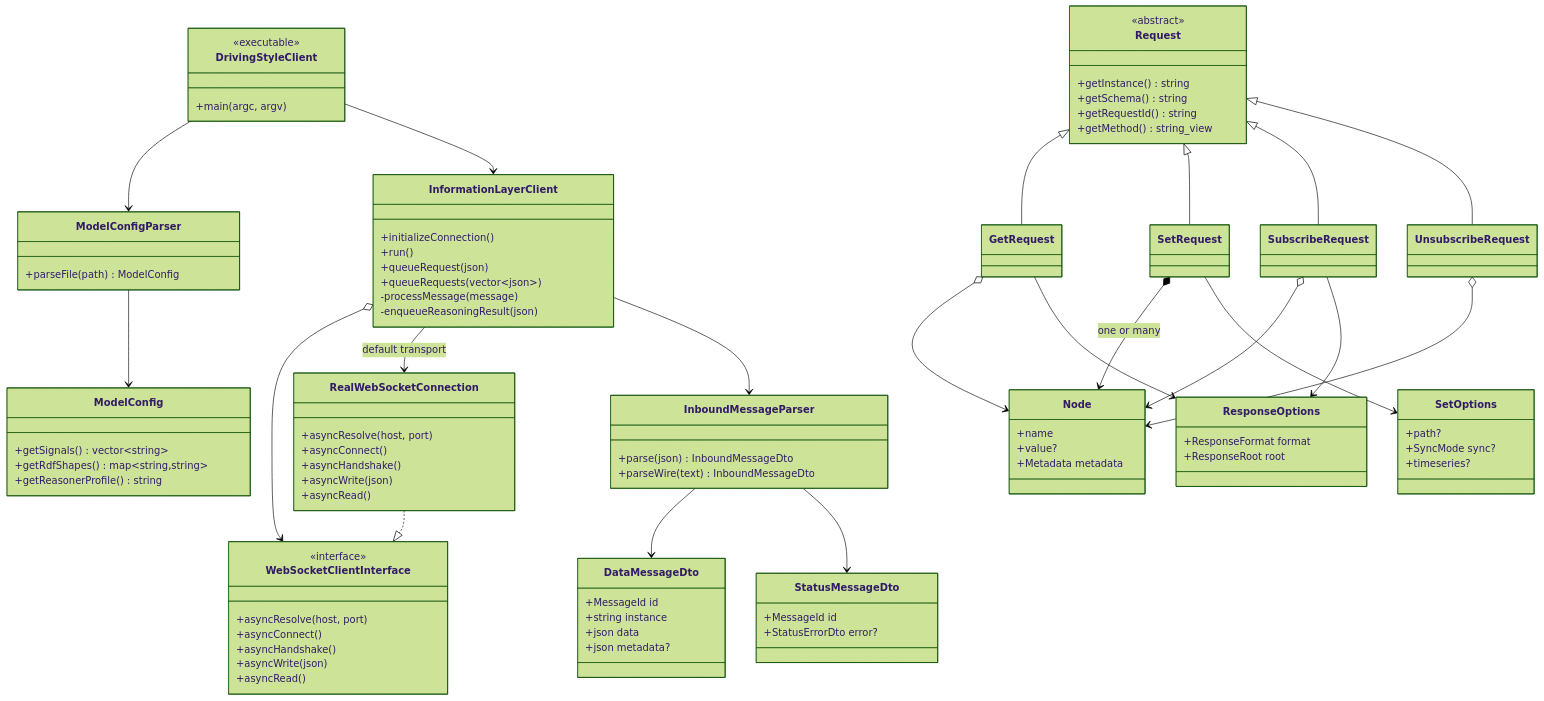
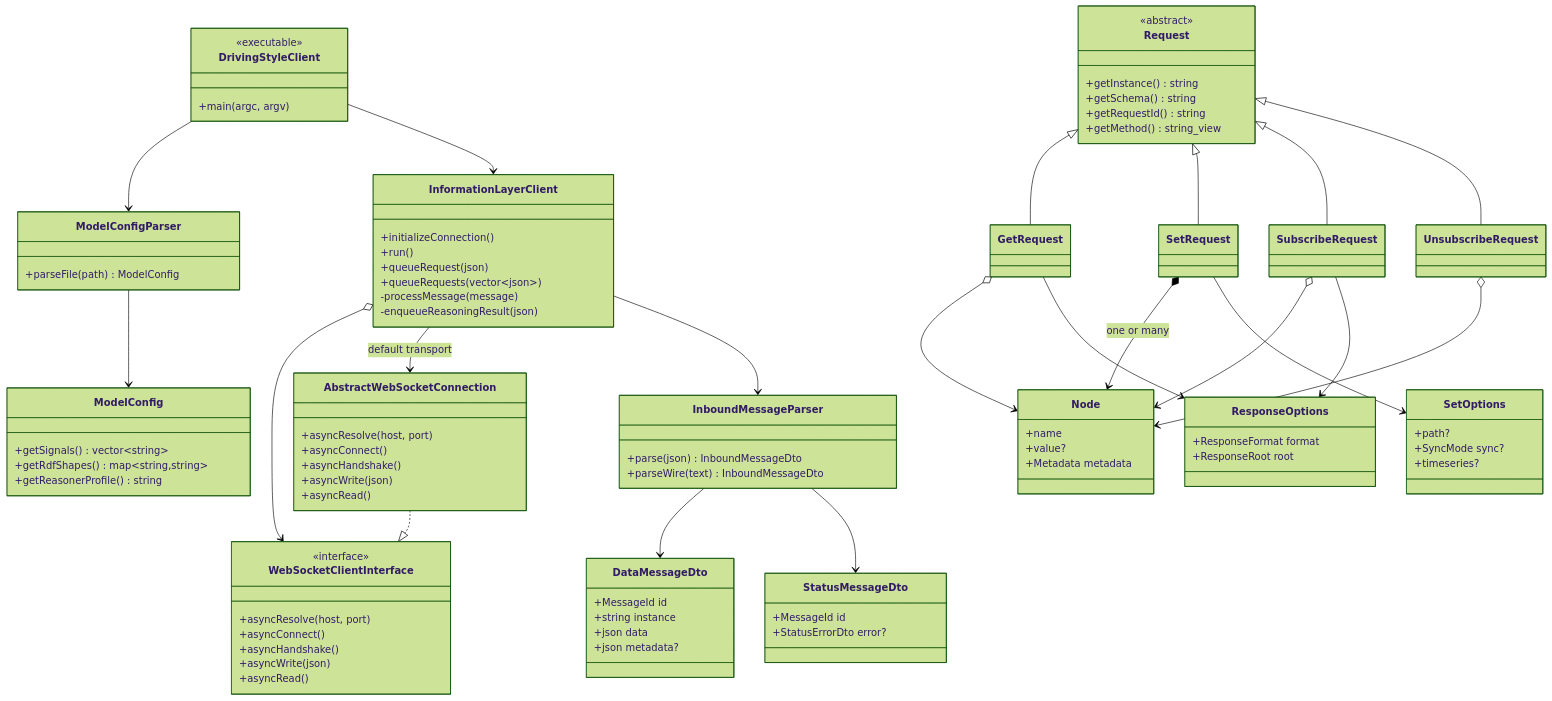
Before and after one commit to HiveIntel/cdsp: the second of 3 diagrams in __docs/knowledge-layer-architecture.md, drawn with Mermaid (forest theme). The commit also changed 5 other files, not shown here.

Commit message:
rename default WebSocket transport

```diff
--- a/__docs/knowledge-layer-architecture.md
+++ b/__docs/knowledge-layer-architecture.md
@@ -59,7 +59,7 @@
         +asyncWrite(json)
         +asyncRead()
     }
-    class RealWebSocketConnection {
+    class AbstractWebSocketConnection {
         +asyncResolve(host, port)
         +asyncConnect()
         +asyncHandshake()
@@ -110,8 +110,8 @@
     ModelConfigParser --> ModelConfig
     DrivingStyleClient --> InformationLayerClient
     InformationLayerClient o--> WebSocketClientInterface
-    RealWebSocketConnection ..|> WebSocketClientInterface
-    InformationLayerClient --> RealWebSocketConnection : default transport
+    AbstractWebSocketConnection ..|> WebSocketClientInterface
+    InformationLayerClient --> AbstractWebSocketConnection : default transport
     InformationLayerClient --> InboundMessageParser
     Request <|-- GetRequest
     Request <|-- SetRequest
```
